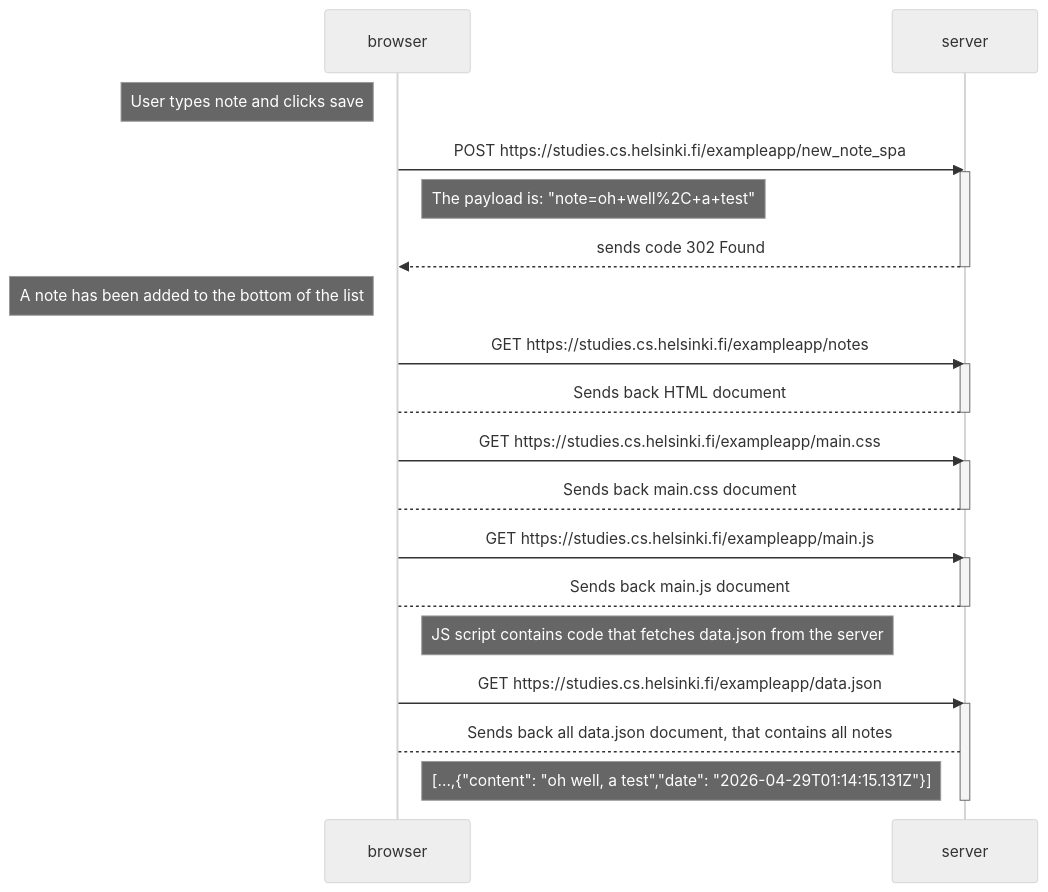
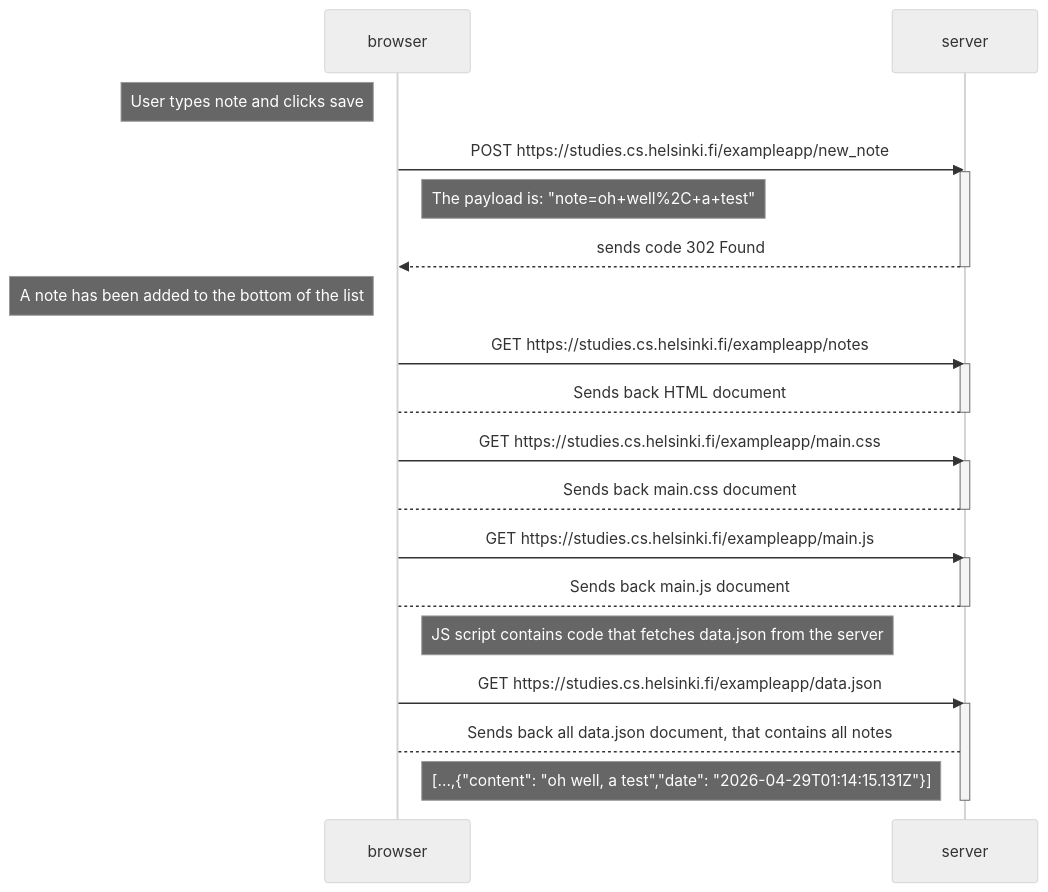
One commit to nesquivel-dev/-Full-Stack-Open-part-0 changed the diagram in exercise_4.md. Above: the diagram before and after it, drawn with Mermaid (neutral theme). The commit also changed 1 other file, not shown here.

Commit message:
Progress in Exercise 6 and correction in exercise 4

````diff
--- a/exercise_4.md
+++ b/exercise_4.md
@@ -1,39 +1,39 @@
 ```mermaid
 sequenceDiagram
     participant browser
     participant server
 
 
 
 
     Note left of browser: User types note and clicks save
-    browser->>server: POST https://studies.cs.helsinki.fi/exampleapp/new_note_spa
+    browser->>server: POST https://studies.cs.helsinki.fi/exampleapp/new_note
     activate server
     Note right of browser: The payload is: "note=oh+well%2C+a+test"
     server-->>browser: sends code 302 Found
     deactivate server
     Note left of browser: A note has been added to the bottom of the list
 
     browser->>server: GET https://studies.cs.helsinki.fi/exampleapp/notes
     activate server
     server-->browser: Sends back HTML document
     deactivate server
 
     browser->>server: GET https://studies.cs.helsinki.fi/exampleapp/main.css
     activate server
     server-->browser: Sends back main.css document
     deactivate server
 
     browser->>server: GET https://studies.cs.helsinki.fi/exampleapp/main.js
     activate server
     server-->browser: Sends back main.js document
     deactivate server
     Note right of browser: JS script contains code that fetches data.json from the server
     browser->>server: GET https://studies.cs.helsinki.fi/exampleapp/data.json
     activate server 
 
     server-->browser: Sends back all data.json document, that contains all notes
     Note right of browser: [...,{"content": "oh well, a test","date": "2026-04-29T01:14:15.131Z"}]
     deactivate server
 
 ```
````
